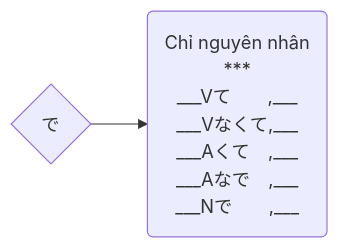
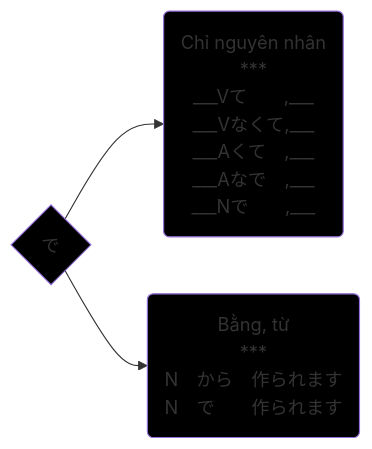
One commit to tea1504/learn changed the diagram in TroTu/で.md. Above: the diagram before and after it, drawn with Mermaid. The commit also changed 18 other files, not shown here.

````diff
--- a/TroTu/で.md
+++ b/TroTu/で.md
@@ -1,6 +1,11 @@
 ```mermaid
 graph LR;
 	tt{で}
 
 	tt-->chiNguyenNhan(Chỉ nguyên nhân\n***\n___Vて　　,___\n___Vなくて,___\n___Aくて　,___\n___Aなで　,___\n___Nで　　,___)
+	tt-->bangTu(Bằng, từ\n***\nN　から　作られます\nN　で　　作られます)
+    
+    style tt fill:#000
+    style chiNguyenNhan fill:#000
+    style bangTu fill:#000
 ```
````
